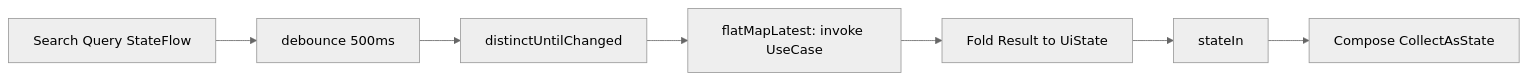
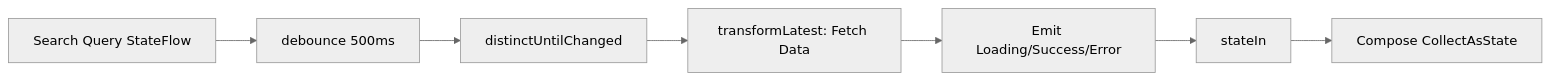
The third of 3 diagrams in README.md (bogdandroid/CleanAndroidTemplate), drawn with Mermaid (neutral theme) before and after one commit. The commit also changed other lines of this file, not shown here.

Commit message:
docs: Update README for Koin/Ktor architecture

````diff
--- a/README.md
+++ b/README.md
@@ -137,9 +101,9 @@
 ```mermaid
 graph LR
     Input[Search Query StateFlow] --> Debounce[debounce 500ms]
     Debounce --> Distinct[distinctUntilChanged]
-    Distinct --> FlatMap[flatMapLatest: invoke UseCase]
-    FlatMap --> Transform[Fold Result to UiState]
-    Transform --> StateFlow[stateIn]
+    Distinct --> Transform[transformLatest: Fetch Data]
+    Transform --> Emit[Emit Loading/Success/Error]
+    Emit --> StateFlow[stateIn]
     StateFlow --> UI[Compose CollectAsState]
 ```
````
